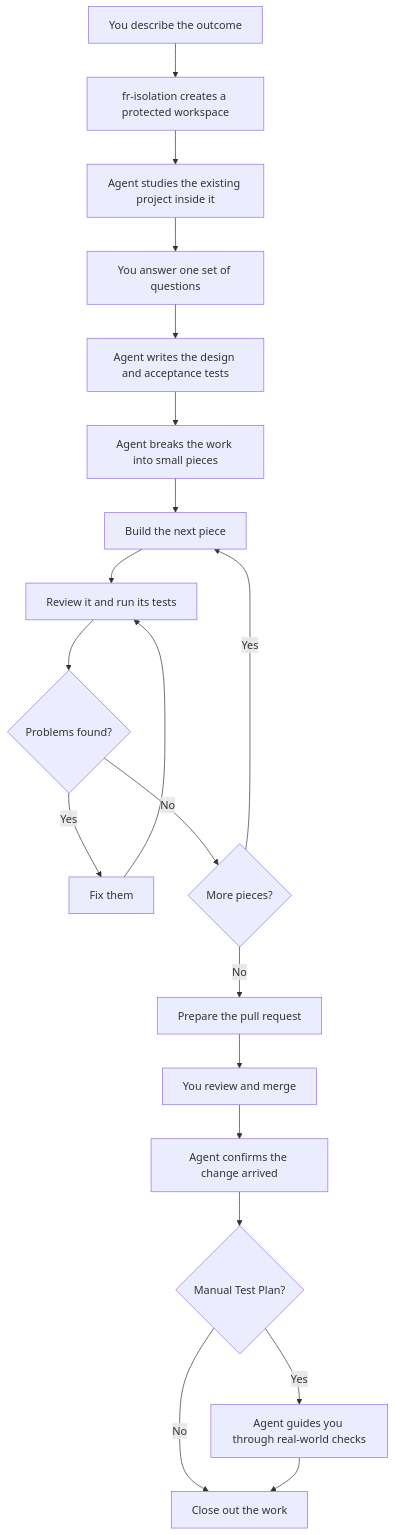
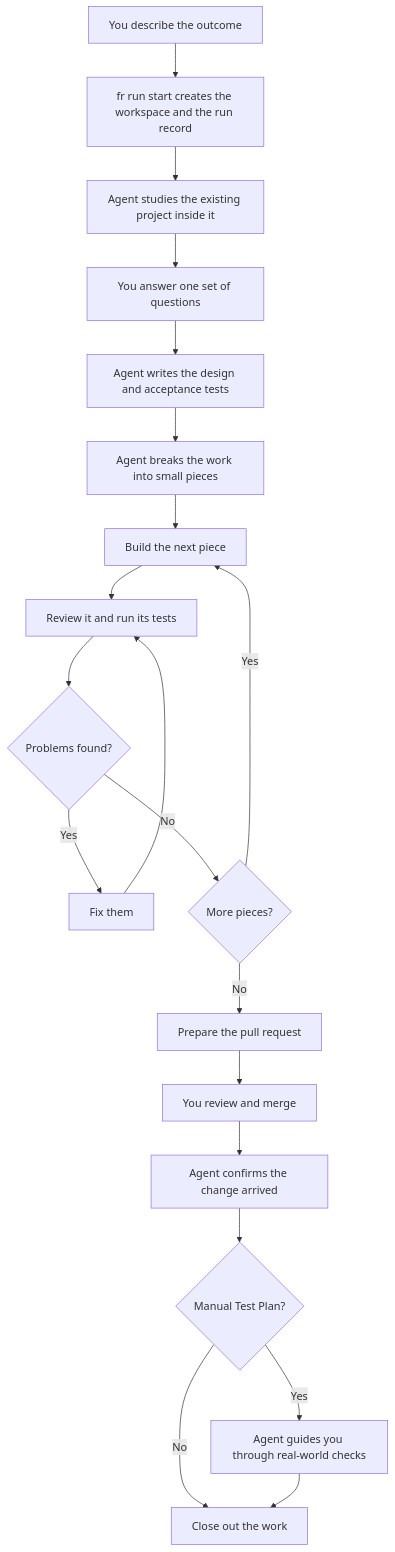
Before and after one commit to derio-net/super-fr: the first of 2 diagrams in docs/explainers/01-fr-goal.md, drawn with Mermaid. The commit also changed other lines of this file and 173 other files, not shown here.

````diff
--- a/docs/explainers/01-fr-goal.md
+++ b/docs/explainers/01-fr-goal.md
@@ -52,22 +74,22 @@
 ```mermaid
 flowchart TD
-    A[You describe the outcome] --> X[fr-isolation creates a protected workspace]
+    A[You describe the outcome] --> X[fr run start creates the workspace and the run record]
     X --> B[Agent studies the existing project inside it]
     B --> C[You answer one set of questions]
     C --> D[Agent writes the design and acceptance tests]
     D --> E[Agent breaks the work into small pieces]
     E --> F[Build the next piece]
     F --> G[Review it and run its tests]
     G --> H{Problems found?}
     H -->|Yes| I[Fix them]
     I --> G
     H -->|No| J{More pieces?}
     J -->|Yes| F
     J -->|No| K[Prepare the pull request]
     K --> L[You review and merge]
     L --> M[Agent confirms the change arrived]
     M --> N{Manual Test Plan?}
     N -->|Yes| O[Agent guides you through real-world checks]
     N -->|No| P[Close out the work]
     O --> P
 ```
````
